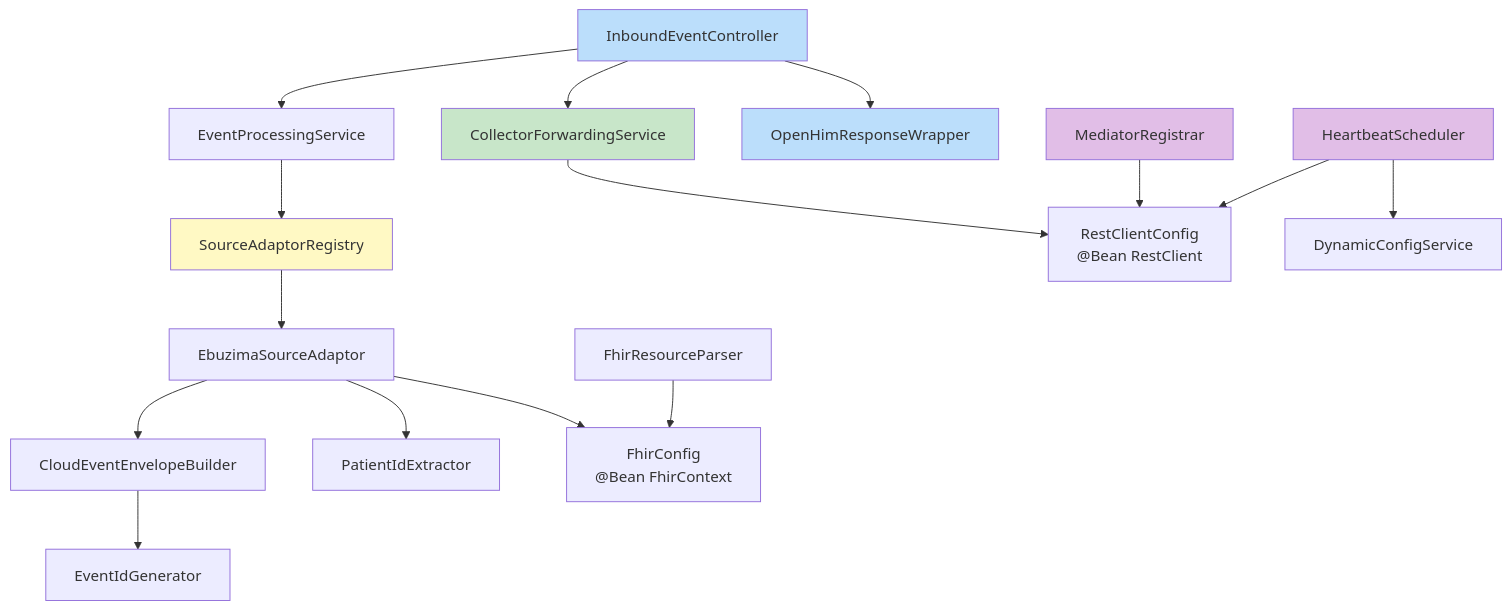
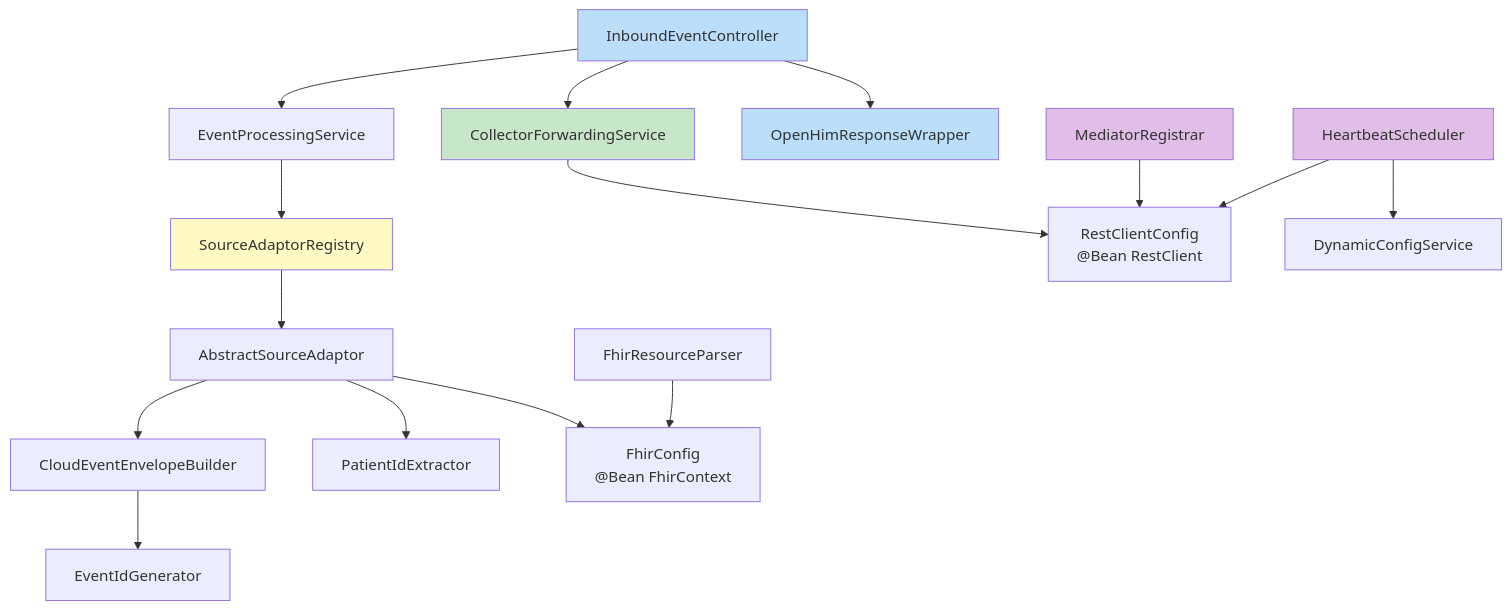
Before and after one commit to Jayaprakash8887/openhim-cce-emitter-adaptor: the seventh of 8 diagrams in docs/flow-diagrams.md, drawn with Mermaid. The commit also changed other lines of this file and 4 other files, not shown here.

````diff
--- a/docs/flow-diagrams.md
+++ b/docs/flow-diagrams.md
@@ -240,49 +240,49 @@
 ```mermaid
 flowchart TD
     CTRL[InboundEventController]
     NORM[EventProcessingService]
     REG[SourceAdaptorRegistry]
     FWD[CollectorForwardingService]
     WRAP[OpenHimResponseWrapper]
 
-    SA_EBZ[EbuzimaSourceAdaptor]
+    SA_ABS[AbstractSourceAdaptor]
 
     CE[CloudEventEnvelopeBuilder]
     PIE[PatientIdExtractor]
     FRP[FhirResourceParser]
     IDG[EventIdGenerator]
 
     REG_HB[MediatorRegistrar]
     HB[HeartbeatScheduler]
     DC[DynamicConfigService]
 
     FC["FhirConfig<br/>@Bean FhirContext"]
     RC["RestClientConfig<br/>@Bean RestClient"]
 
     CTRL --> NORM
     CTRL --> FWD
     CTRL --> WRAP
 
     NORM --> REG
-    REG --> SA_EBZ
+    REG --> SA_ABS
 
-    SA_EBZ --> CE
-    SA_EBZ --> PIE
+    SA_ABS --> CE
+    SA_ABS --> PIE
 
     CE --> IDG
 
     FWD --> RC
     REG_HB --> RC
     HB --> RC
     HB --> DC
 
-    SA_EBZ --> FC
+    SA_ABS --> FC
     FRP --> FC
 
     style CTRL fill:#bbdefb
     style WRAP fill:#bbdefb
     style FWD fill:#c8e6c9
     style REG fill:#fff9c4
     style REG_HB fill:#e1bee7
     style HB fill:#e1bee7
 ```
````
